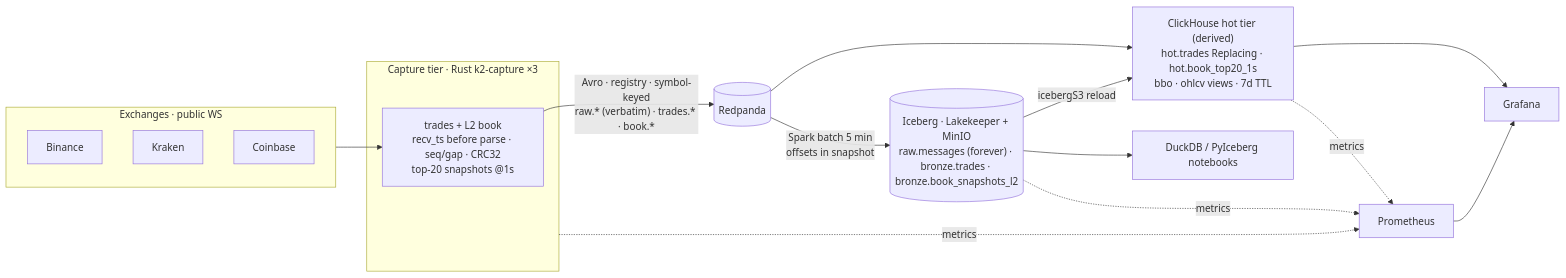
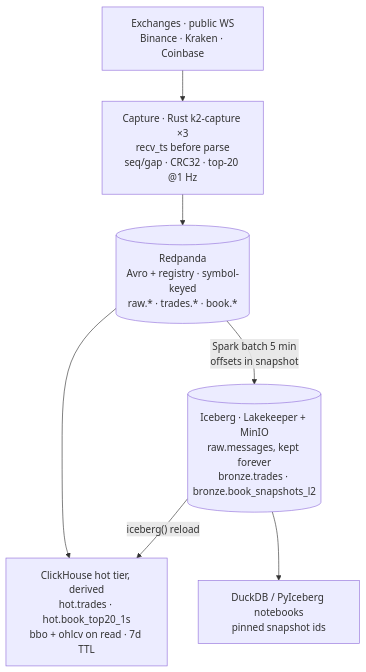
Before and after one commit to rjdscott/k2-market-data-platform: the first of 3 diagrams in docs/plans/2026-08-26-v3-quant-research-platform/README.md, drawn with Mermaid. The commit also changed other lines of this file and 69 other files, not shown here.

First line of the commit message:
feat(v3): Phase B foundations — contracts, registry, Lakekeeper + MinIO lake catalog (#69)

````diff
--- a/docs/plans/2026-08-26-v3-quant-research-platform/README.md
+++ b/docs/plans/2026-08-26-v3-quant-research-platform/README.md
@@ -29,16 +32,14 @@
 ```mermaid
-flowchart LR
-  subgraph EX[Exchanges · public WS]
-    B[Binance]; K[Kraken]; C[Coinbase]
-  end
-  subgraph CAP["Capture tier · Rust k2-capture ×3"]
-    R["trades + L2 book<br/>recv_ts before parse · seq/gap · CRC32<br/>top-20 snapshots @1s"]
-  end
-  EX --> R
-  R -->|"Avro · registry · symbol-keyed<br/>raw.* (verbatim) · trades.* · book.*"| RP[(Redpanda)]
-  RP --> CH["ClickHouse hot tier (derived)<br/>hot.trades Replacing · hot.book_top20_1s<br/>bbo · ohlcv views · 7d TTL"]
-  RP -->|"Spark batch 5 min<br/>offsets in snapshot"| IB[("Iceberg · Lakekeeper + MinIO<br/>raw.messages (forever) · bronze.trades · bronze.book_snapshots_l2")]
-  IB -->|icebergS3 reload| CH
-  IB --> DD["DuckDB / PyIceberg notebooks"]
-  CH --> GR[Grafana]; CAP & CH & IB -.metrics.-> PR[Prometheus] --> GR
+flowchart TB
+  EX["Exchanges · public WS<br/>Binance · Kraken · Coinbase"]
+  CAP["Capture · Rust k2-capture ×3<br/>recv_ts before parse<br/>seq/gap · CRC32 · top-20 @1 Hz"]
+  RP[("Redpanda<br/>Avro + registry · symbol-keyed<br/>raw.* · trades.* · book.*")]
+  IB[("Iceberg · Lakekeeper + MinIO<br/>raw.messages, kept forever<br/>bronze.trades · bronze.book_snapshots_l2")]
+  CH["ClickHouse hot tier, derived<br/>hot.trades · hot.book_top20_1s<br/>bbo + ohlcv on read · 7d TTL"]
+  DD["DuckDB / PyIceberg notebooks<br/>pinned snapshot ids"]
+  EX --> CAP --> RP
+  RP -->|"Spark batch 5 min<br/>offsets in snapshot"| IB
+  RP --> CH
+  IB -->|"iceberg() reload"| CH
+  IB --> DD
 ```
````
